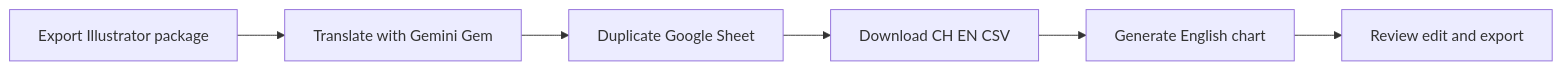
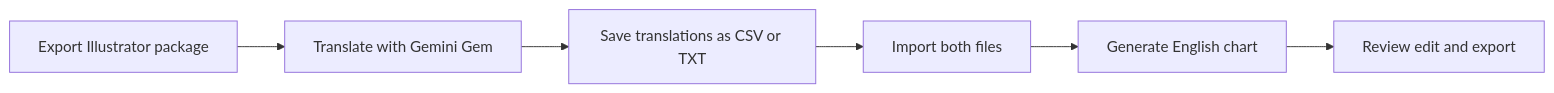
One commit to yuchej/ChartLingo changed the diagram in chartlingoV2/USER_GUIDE.md. Above: the diagram before and after it, drawn with Mermaid. The commit also changed other lines of this file and 5 other files, not shown here.

````diff
--- a/chartlingoV2/USER_GUIDE.md
+++ b/chartlingoV2/USER_GUIDE.md
@@ -16,8 +15,8 @@
 ```mermaid
 flowchart LR
     A[Export Illustrator package] --> B[Translate with Gemini Gem]
-    B --> C[Duplicate Google Sheet]
-    C --> D[Download CH EN CSV]
+    B --> C[Save translations as CSV or TXT]
+    C --> D[Import both files]
     D --> E[Generate English chart]
     E --> F[Review edit and export]
 ```
````
